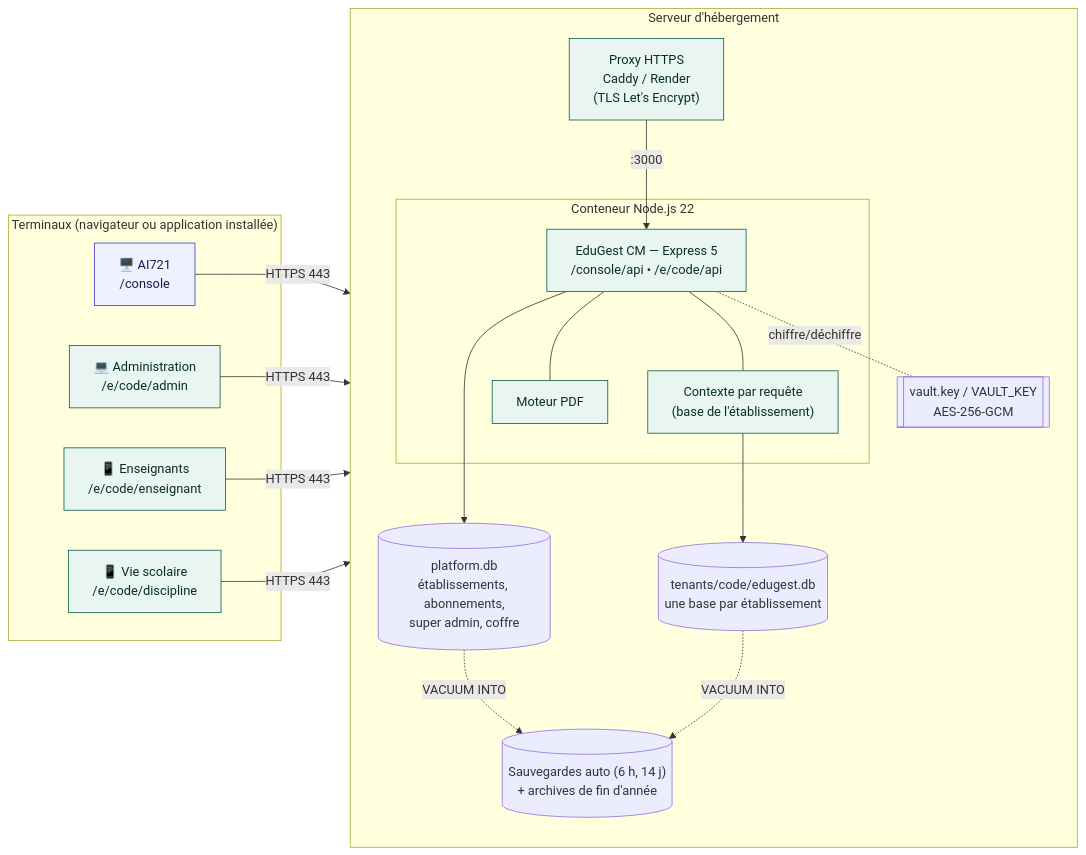
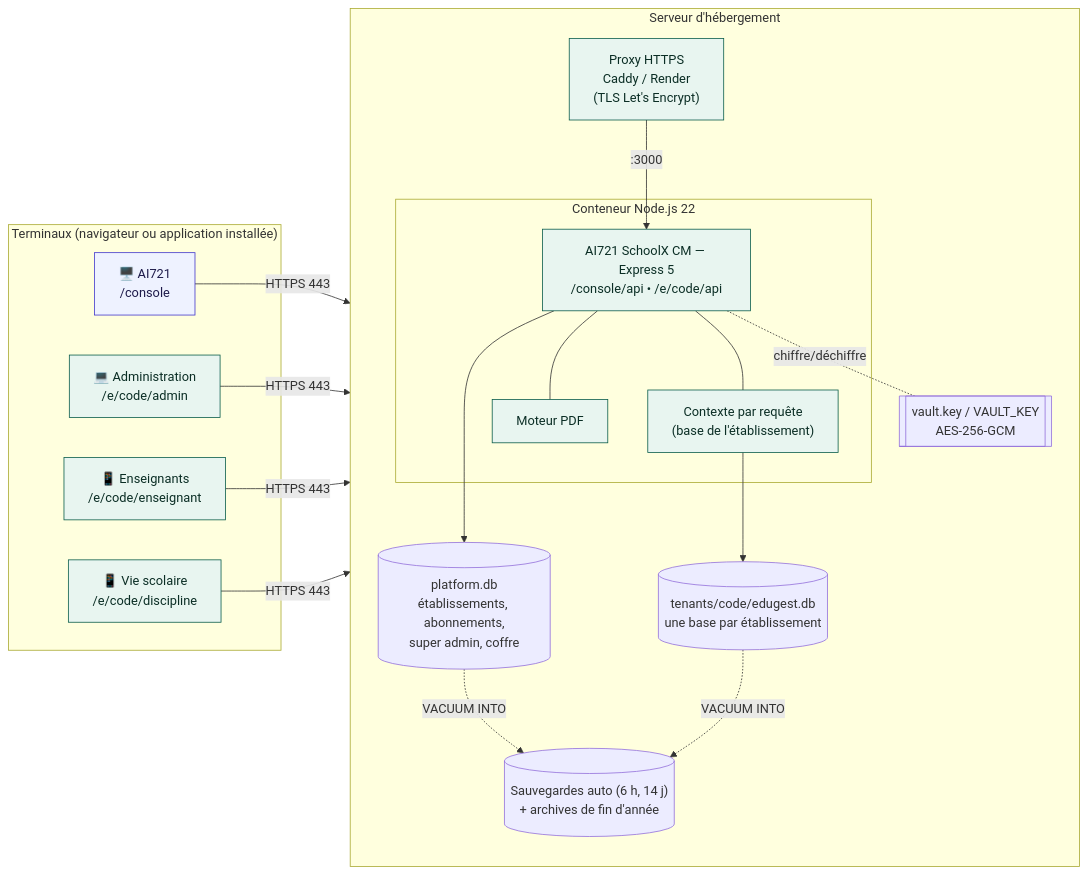
Before and after one commit to ANDJE30/MY_WORLD: the diagram in docs/uml/09_deploiement.mmd, drawn with Mermaid. The commit also changed 155 other files, not shown here.

```diff
--- a/docs/uml/09_deploiement.mmd
+++ b/docs/uml/09_deploiement.mmd
@@ -1,31 +1,31 @@
 flowchart LR
   subgraph CLIENTS["Terminaux (navigateur ou application installée)"]
     SA["🖥️ AI721<br/>/console"]
     PC["💻 Administration<br/>/e/code/admin"]
     TEL["📱 Enseignants<br/>/e/code/enseignant"]
     TAB["📱 Vie scolaire<br/>/e/code/discipline"]
   end
   subgraph CLOUD["Serveur d'hébergement"]
     direction TB
     RP["Proxy HTTPS<br/>Caddy / Render<br/>(TLS Let's Encrypt)"]
     subgraph CT["Conteneur Node.js 22"]
-      APP["EduGest CM — Express 5<br/>/console/api • /e/code/api"]
+      APP["AI721 SchoolX CM — Express 5<br/>/console/api • /e/code/api"]
       CTX["Contexte par requête<br/>(base de l'établissement)"]
       PDF["Moteur PDF"]
     end
     PDB[("platform.db<br/>établissements, abonnements,<br/>super admin, coffre")]
     TDB[("tenants/code/edugest.db<br/>une base par établissement")]
     KEY[["vault.key / VAULT_KEY<br/>AES-256-GCM"]]
     BK[("Sauvegardes auto (6 h, 14 j)<br/>+ archives de fin d'année")]
   end
   SA & PC & TEL & TAB -- "HTTPS 443" --> RP
   RP -- ":3000" --> APP
   APP --- CTX & PDF
   APP --> PDB
   CTX --> TDB
   APP -. chiffre/déchiffre .- KEY
   PDB & TDB -. "VACUUM INTO" .-> BK
   classDef n fill:#e8f5f0,stroke:#0b5d4b,color:#0b2e25
   classDef p fill:#eef2ff,stroke:#4338ca,color:#1e1b4b
   class PC,TEL,TAB,RP,APP,CTX,PDF n
   class SA p
```
